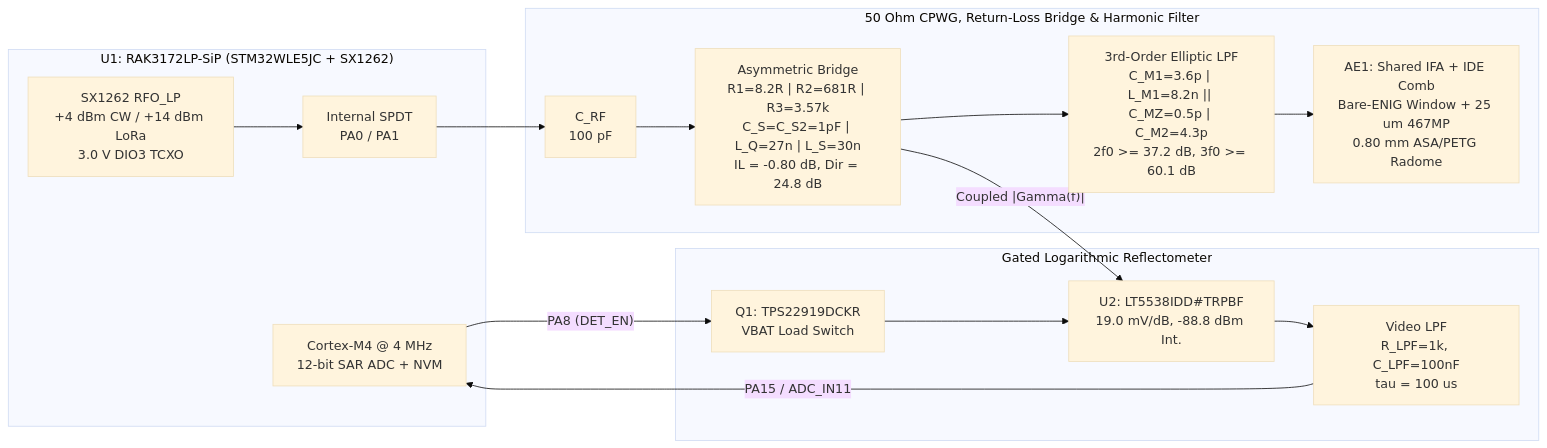
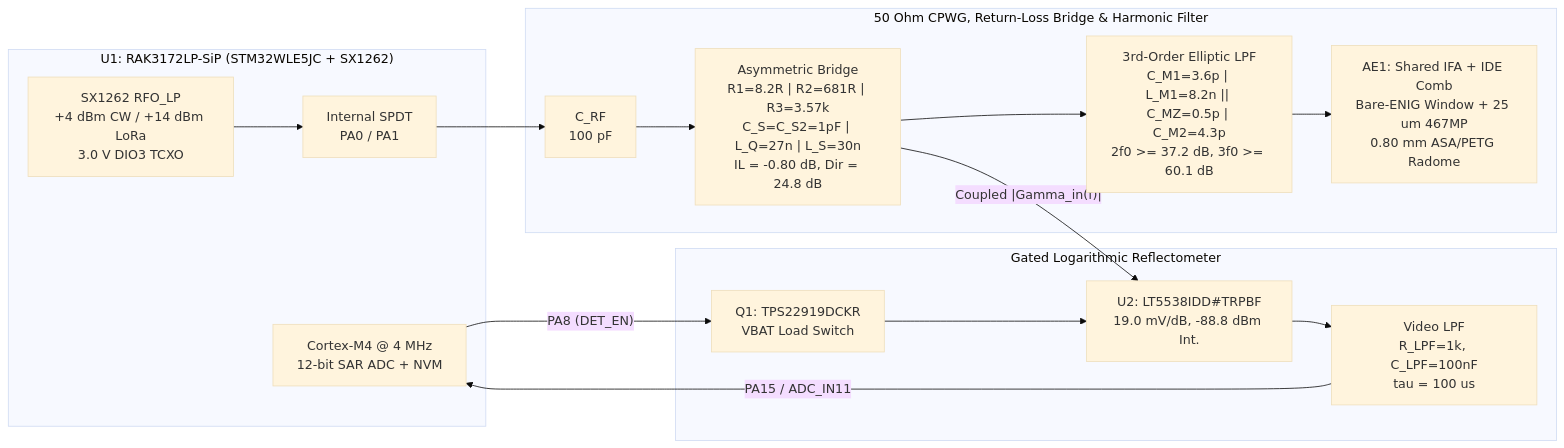
The first of 2 diagrams in README.md (abbottsteve/LoRaWAN-ISAC-868MHz), drawn with Mermaid (base theme) before and after one commit. The commit also changed other lines of this file and 36 other files, not shown here.

````diff
--- a/README.md
+++ b/README.md
@@ -75,28 +76,28 @@
 ```mermaid
 flowchart LR
     subgraph SIP["U1: RAK3172LP-SiP (STM32WLE5JC + SX1262)"]
         MCU["Cortex-M4 @ 4 MHz\n12-bit SAR ADC + NVM"]
         SYN["SX1262 RFO_LP\n+4 dBm CW / +14 dBm LoRa\n3.0 V DIO3 TCXO"]
         SPDT["Internal SPDT\nPA0 / PA1"]
         SYN --> SPDT
     end
 
     subgraph RFF["50 Ohm CPWG, Return-Loss Bridge & Harmonic Filter"]
         CRF["C_RF\n100 pF"]
         BRG["Asymmetric Bridge\nR1=8.2R | R2=681R | R3=3.57k\nC_S=C_S2=1pF | L_Q=27n | L_S=30n\nIL = -0.80 dB, Dir = 24.8 dB"]
         ELL["3rd-Order Elliptic LPF\nC_M1=3.6p | L_M1=8.2n || C_MZ=0.5p | C_M2=4.3p\n2f0 >= 37.2 dB, 3f0 >= 60.1 dB"]
         AE1["AE1: Shared IFA + IDE Comb\nBare-ENIG Window + 25 um 467MP\n0.80 mm ASA/PETG Radome"]
         SPDT --> CRF --> BRG --> ELL --> AE1
     end
 
     subgraph DET["Gated Logarithmic Reflectometer"]
         LT["U2: LT5538IDD#TRPBF\n19.0 mV/dB, -88.8 dBm Int."]
         LPF["Video LPF\nR_LPF=1k, C_LPF=100nF\ntau = 100 us"]
         Q1["Q1: TPS22919DCKR\nVBAT Load Switch"]
-        BRG -- "Coupled |Gamma(f)|" --> LT --> LPF
+        BRG -- "Coupled |Gamma_in(f)|" --> LT --> LPF
         Q1 --> LT
     end
 
     LPF -- "PA15 / ADC_IN11" --> MCU
     MCU -- "PA8 (DET_EN)" --> Q1
 ```
````
